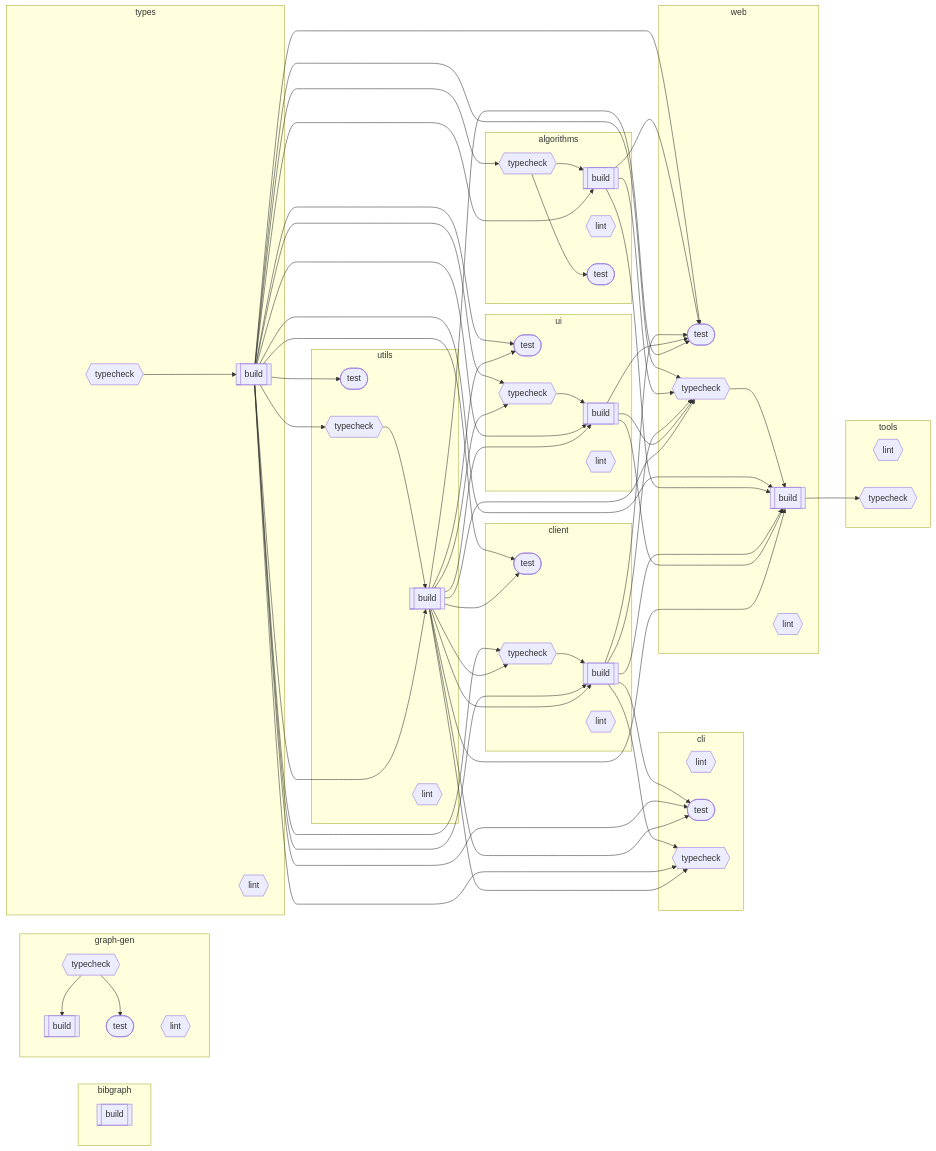
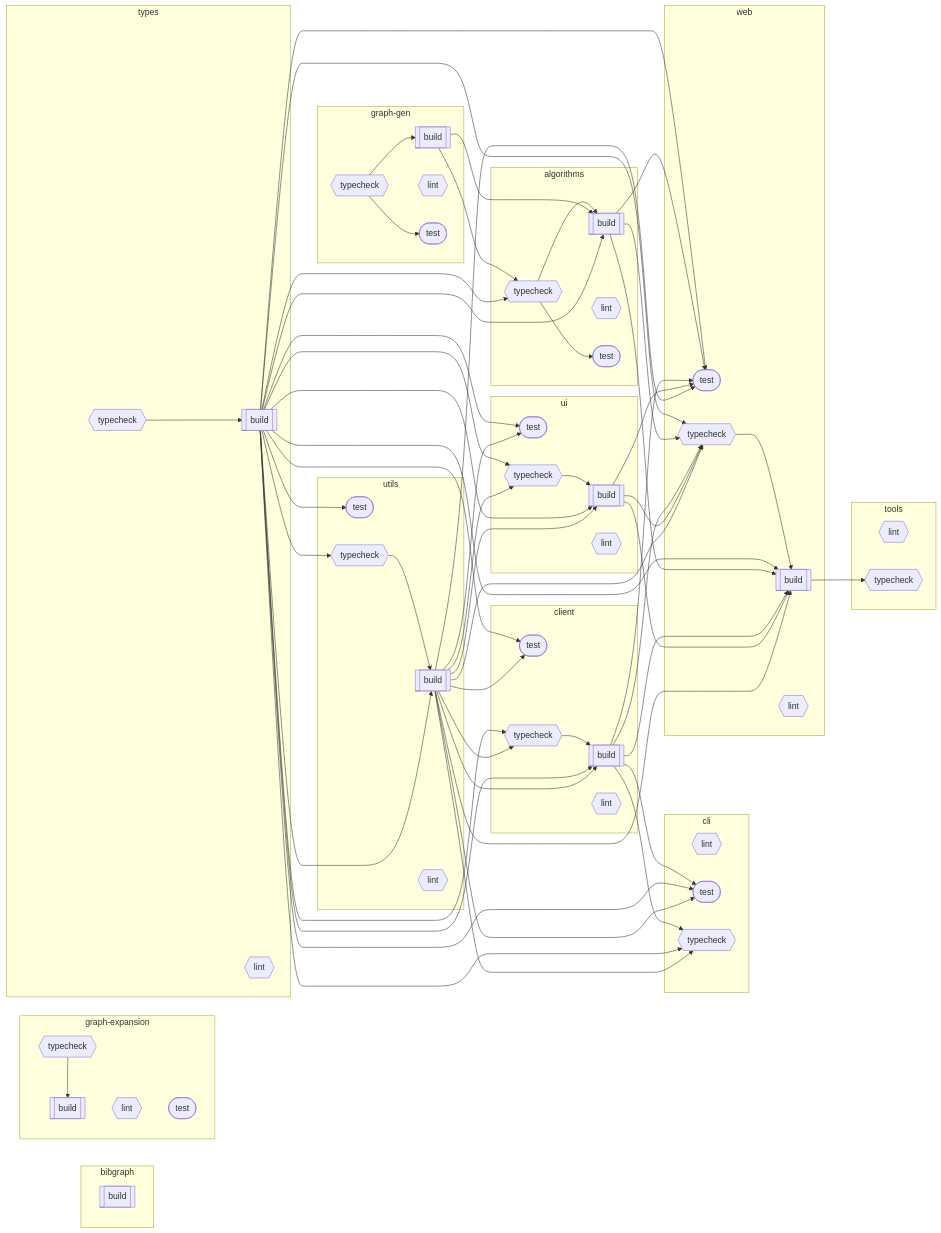
One commit to Mearman/BibGraph changed the diagram in README.md. Above: the diagram before and after it, drawn with Mermaid.

Commit message:
chore(config): update Nx task graph for graph-expansion
Auto-generated Nx task dependency graph now includes graph-expansion
package.

```diff
--- a/README.md
+++ b/README.md
@@ -130,6 +130,13 @@
         client_lint{{"lint"}}
         client_test(["test"])
         client_typecheck{{"typecheck"}}
+    end
+
+    subgraph graph_expansion["graph-expansion"]
+        graph_expansion_build[["build"]]
+        graph_expansion_lint{{"lint"}}
+        graph_expansion_test(["test"])
+        graph_expansion_typecheck{{"typecheck"}}
     end
 
     subgraph graph_gen["graph-gen"]
@@ -173,8 +180,10 @@
 
     %% Task dependencies
     algorithms_typecheck --> algorithms_build
+    graph_gen_build --> algorithms_build
     types_build --> algorithms_build
     algorithms_typecheck --> algorithms_test
+    graph_gen_build --> algorithms_typecheck
     types_build --> algorithms_typecheck
     client_build --> cli_test
     types_build --> cli_test
@@ -189,6 +198,7 @@
     utils_build --> client_test
     types_build --> client_typecheck
     utils_build --> client_typecheck
+    graph_expansion_typecheck --> graph_expansion_build
     graph_gen_typecheck --> graph_gen_build
     graph_gen_typecheck --> graph_gen_test
     web_build --> tools_typecheck
```
